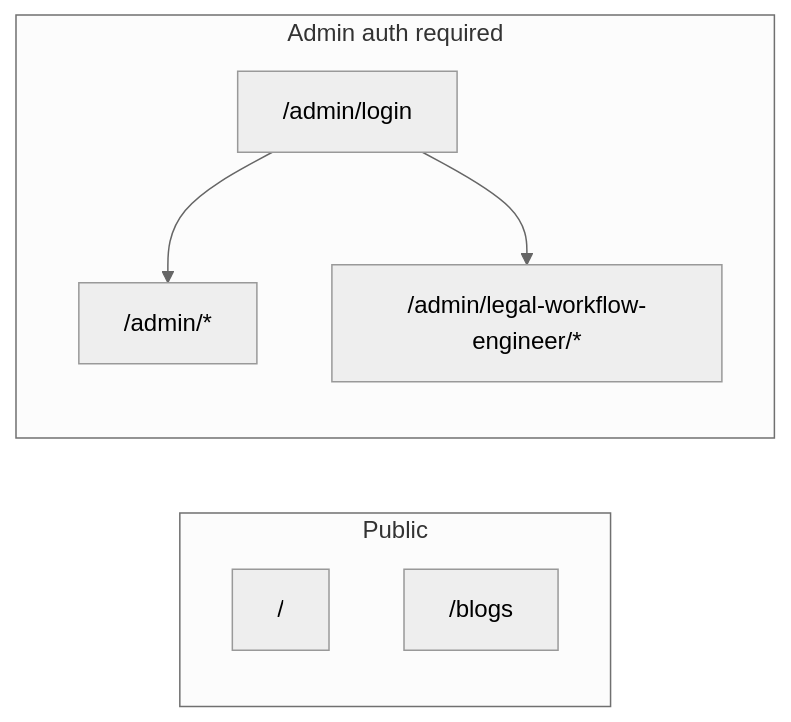
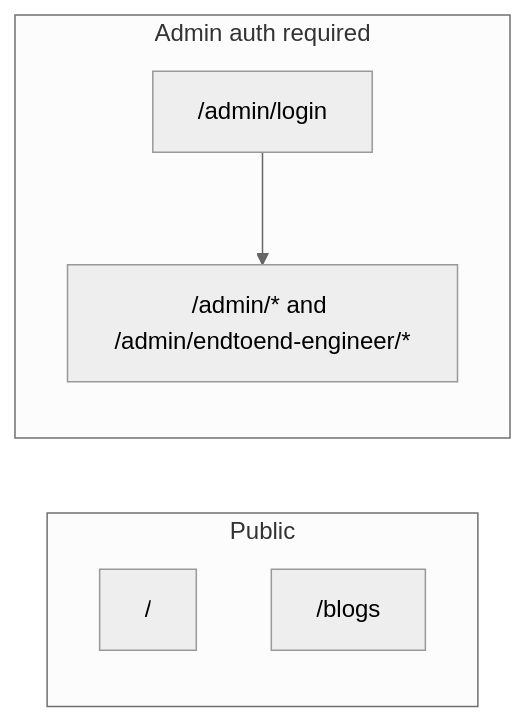
One commit to Pukujan/design-bakery changed the diagram in additionals/doc/routes.md. Above: the diagram before and after it, drawn with Mermaid (neutral theme). The commit also changed other lines of this file and 40 other files, not shown here.

````diff
--- a/additionals/doc/routes.md
+++ b/additionals/doc/routes.md
@@ -11,14 +11,12 @@
 ```mermaid
 flowchart LR
   subgraph public [Public]
     root["/"]
     blogs["/blogs"]
   end
   subgraph admin [Admin auth required]
     login["/admin/login"]
-    adminDef["/admin/*"]
-    adminLwe["/admin/legal-workflow-engineer/*"]
+    adminDef["/admin/* and /admin/endtoend-engineer/*"]
   end
   login --> adminDef
-  login --> adminLwe
 ```
````
